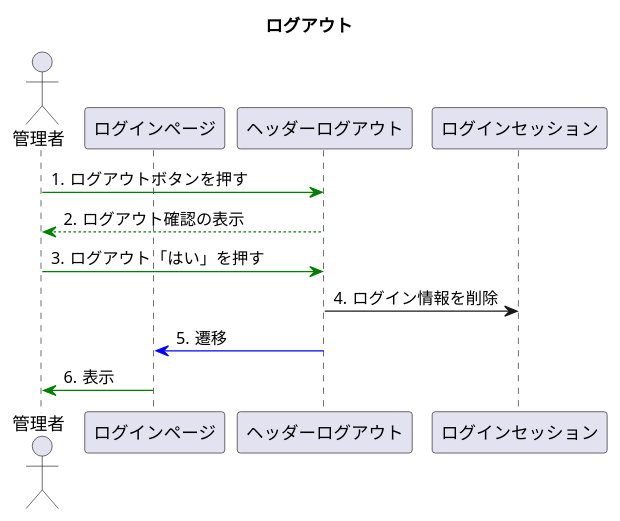
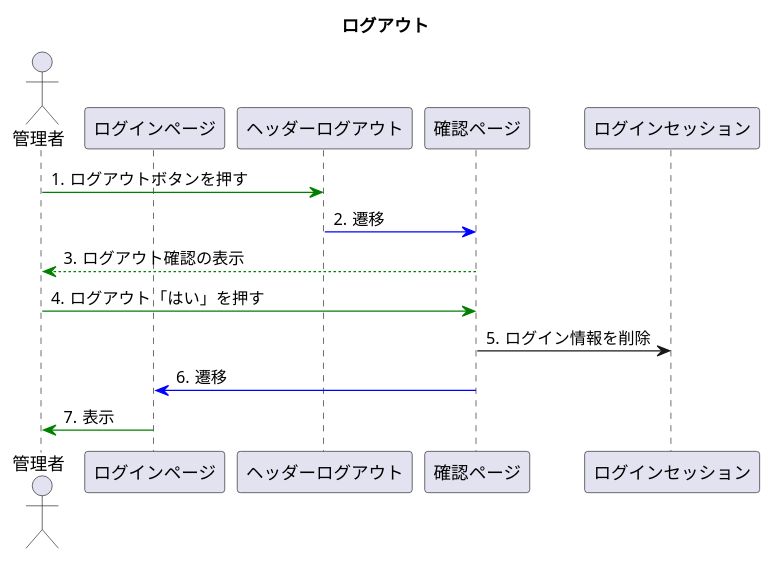
Before and after one commit to toufu66/ProjectC: the diagram in uml/seq_logout.pu, drawn with PlantUML.

Commit message:
シーケンス図 ログアウト

```diff
--- a/uml/seq_logout.pu
+++ b/uml/seq_logout.pu
@@ -1,18 +1,20 @@
 @startuml
 
 title ログアウト
 
 autonumber "#."
 
 actor 管理者
 participant ログインページ
 participant ヘッダーログアウト
+participant 確認ページ
 participant ログインセッション
 
 管理者 -[#green]> ヘッダーログアウト:ログアウトボタンを押す
-ヘッダーログアウト --[#green]> 管理者:ログアウト確認の表示
-管理者 -[#green]> ヘッダーログアウト:ログアウト「はい」を押す
-ヘッダーログアウト-> ログインセッション:ログイン情報を削除
-ヘッダーログアウト-[#blue]> ログインページ:遷移
+ヘッダーログアウト-[#blue]> 確認ページ:遷移
+確認ページ --[#green]> 管理者:ログアウト確認の表示
+管理者 -[#green]> 確認ページ:ログアウト「はい」を押す
+確認ページ-> ログインセッション:ログイン情報を削除
+確認ページ-[#blue]> ログインページ:遷移
 ログインページ -[#green]> 管理者:表示
 @enduml
```
